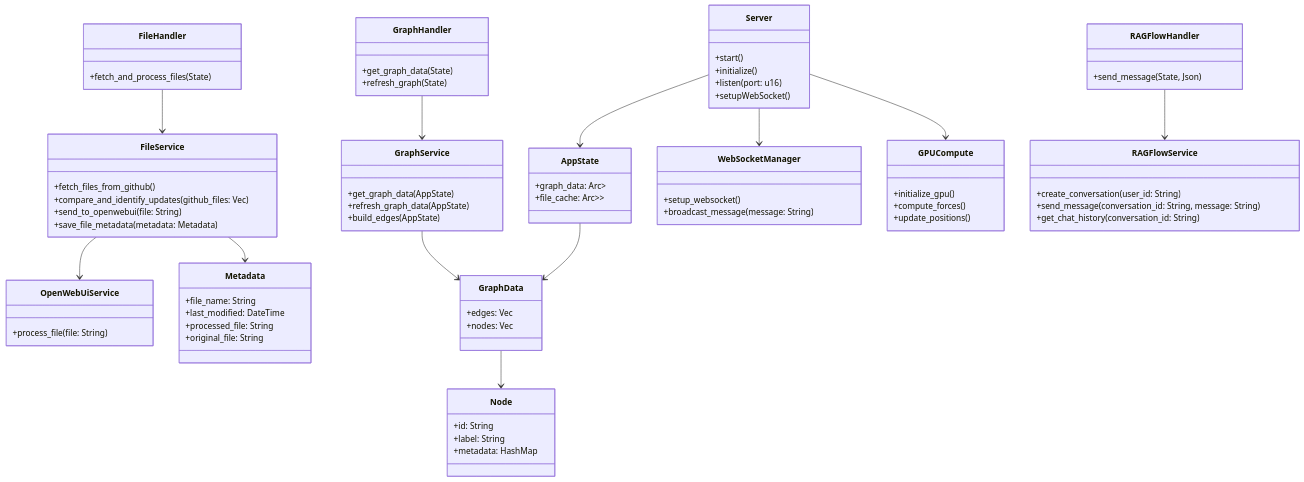
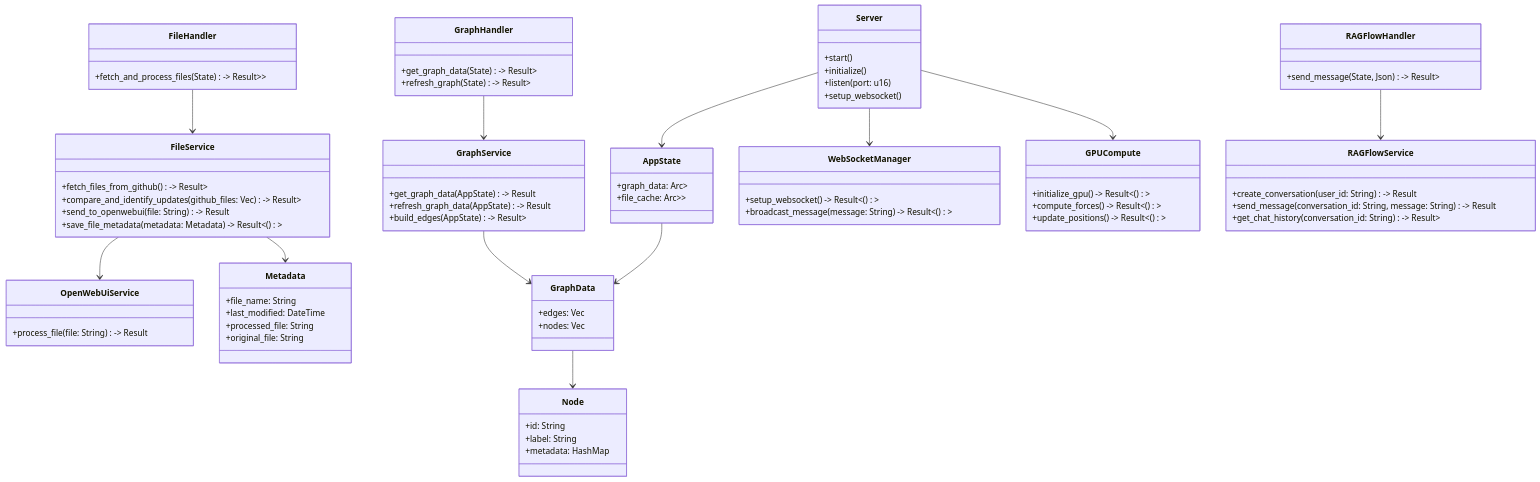
One commit to MITIH-Dreamlab/JingSpringThing changed the first of 2 diagrams in README.md. Above: the diagram before and after it, drawn with Mermaid.

```diff
--- a/README.md
+++ b/README.md
@@ -30,77 +36,64 @@
         +start()
         +initialize()
         +listen(port: u16)
-        +setupWebSocket()
+        +setup_websocket()
     }
-
     class AppState {
         +graph_data: Arc<RwLock<GraphData>>
         +file_cache: Arc<RwLock<HashMap<String, String>>>
     }
-
     class GraphHandler {
-        +get_graph_data(State<AppState>)
-        +refresh_graph(State<AppState>)
+        +get_graph_data(State<AppState>) -> Result<Json<GraphData>>
+        +refresh_graph(State<AppState>) -> Result<Json<GraphData>>
     }
-
     class FileHandler {
-        +fetch_and_process_files(State<AppState>)
+        +fetch_and_process_files(State<AppState>) -> Result<Json<Vec<String>>>
     }
-
     class RAGFlowHandler {
-        +send_message(State<AppState>, Json<Message>)
+        +send_message(State<AppState>, Json<Message>) -> Result<Json<Response>>
     }
-
     class GraphService {
-        +get_graph_data(AppState)
-        +refresh_graph_data(AppState)
-        +build_edges(AppState)
+        +get_graph_data(AppState) -> Result<GraphData>
+        +refresh_graph_data(AppState) -> Result<GraphData>
+        +build_edges(AppState) -> Result<Vec<Edge>>
     }
-
     class FileService {
-        +fetch_files_from_github()
-        +compare_and_identify_updates(github_files: Vec<String>)
-        +send_to_openwebui(file: String)
-        +save_file_metadata(metadata: Metadata)
+        +fetch_files_from_github() -> Result<Vec<GithubFile>>
+        +compare_and_identify_updates(github_files: Vec<GithubFile>) -> Result<Vec<String>>
+        +send_to_openwebui(file: String) -> Result<ProcessedFile>
+        +save_file_metadata(metadata: Metadata) -> Result<()>
     }
-
     class RAGFlowService {
-        +create_conversation(user_id: String)
-        +send_message(conversation_id: String, message: String)
-        +get_chat_history(conversation_id: String)
+        +create_conversation(user_id: String) -> Result<String>
+        +send_message(conversation_id: String, message: String) -> Result<String>
+        +get_chat_history(conversation_id: String) -> Result<Vec<Message>>
     }
-
     class OpenWebUiService {
-        +process_file(file: String)
+        +process_file(file: String) -> Result<ProcessedFile>
     }
-
     class GraphData {
         +edges: Vec<Edge>
         +nodes: Vec<Node>
     }
-
     class Metadata {
         +file_name: String
         +last_modified: DateTime<Utc>
         +processed_file: String
         +original_file: String
     }
-
     class Node {
         +id: String
         +label: String
         +metadata: HashMap<String, String>
     }
-
     class WebSocketManager {
-        +setup_websocket()
-        +broadcast_message(message: String)
+        +setup_websocket() -> Result<()>
+        +broadcast_message(message: String) -> Result<()>
     }
-
     class GPUCompute {
-        +initialize_gpu()
-        +compute_forces()
-        +update_positions()
+        +initialize_gpu() -> Result<()>
+        +compute_forces() -> Result<()>
+        +update_positions() -> Result<()>
     }
 
     Server --> AppState
```
